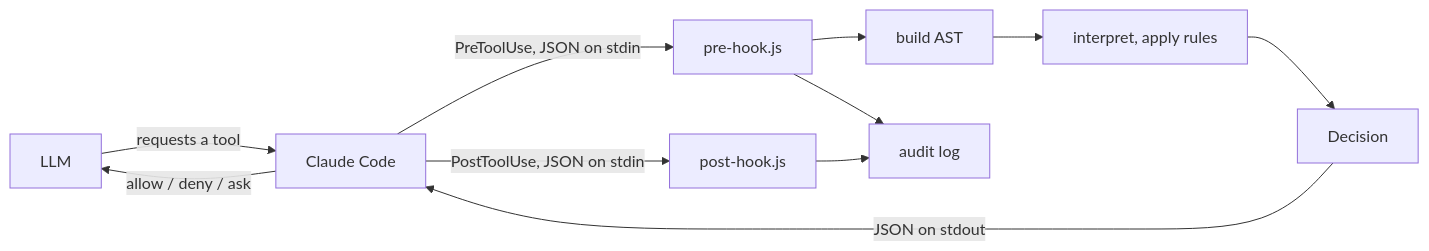
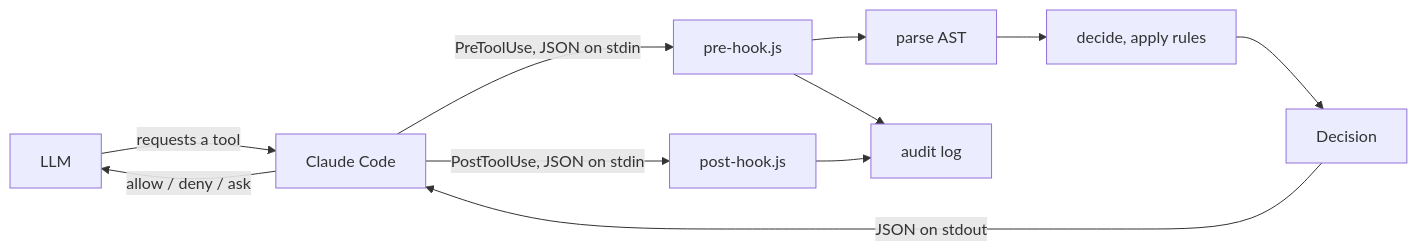
The first of 3 diagrams in docs/HOW_IT_WORKS.md (ashleydavis/expressive-permissions), drawn with Mermaid before and after one commit. The commit also changed other lines of this file and 433 other files, not shown here.

````diff
--- a/docs/HOW_IT_WORKS.md
+++ b/docs/HOW_IT_WORKS.md
@@ -23,12 +16,12 @@
 ```mermaid
 flowchart LR
   A[LLM] -->|requests a tool| CC[Claude Code]
   CC -->|PreToolUse, JSON on stdin| H[pre-hook.js]
-  H --> BA[build AST]
-  BA --> I[interpret, apply rules]
+  H --> BA[parse AST]
+  BA --> I[decide, apply rules]
   I --> D[Decision]
   D -->|JSON on stdout| CC
   CC -->|allow / deny / ask| A
   CC -->|PostToolUse, JSON on stdin| PH[post-hook.js]
   H & PH --> AL[audit log]
 ```
````
